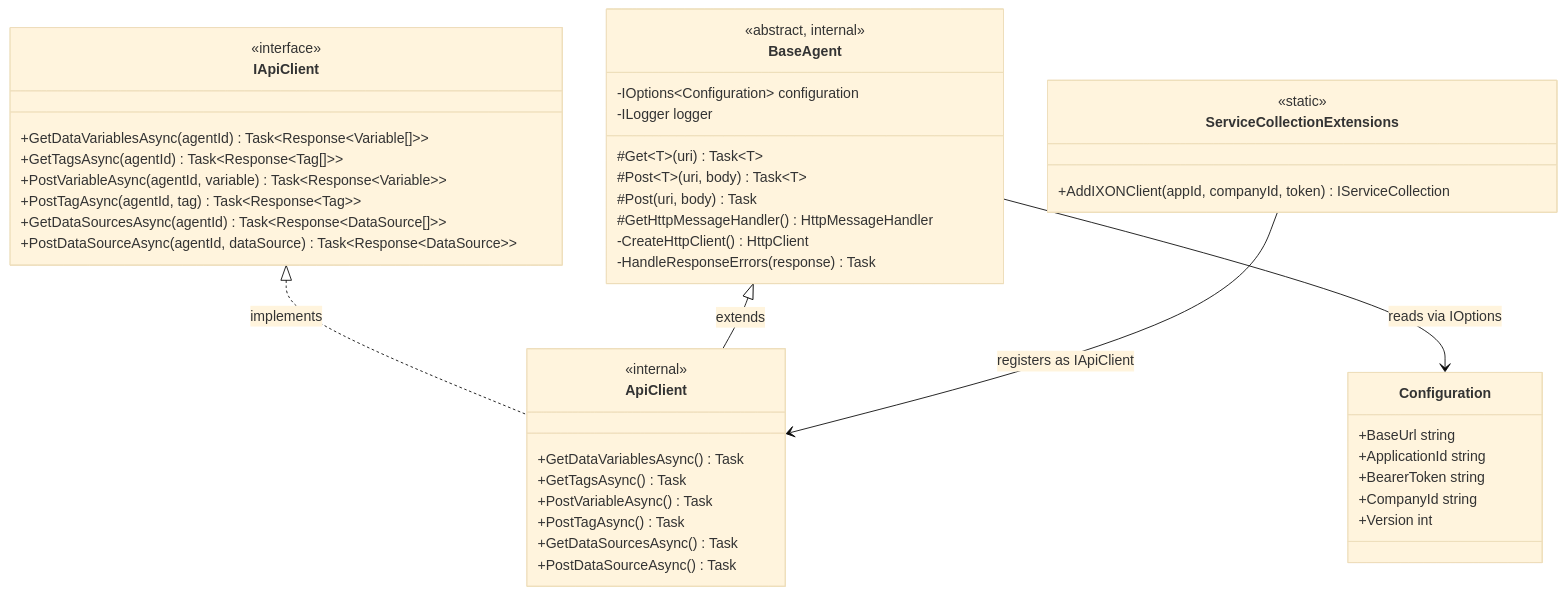
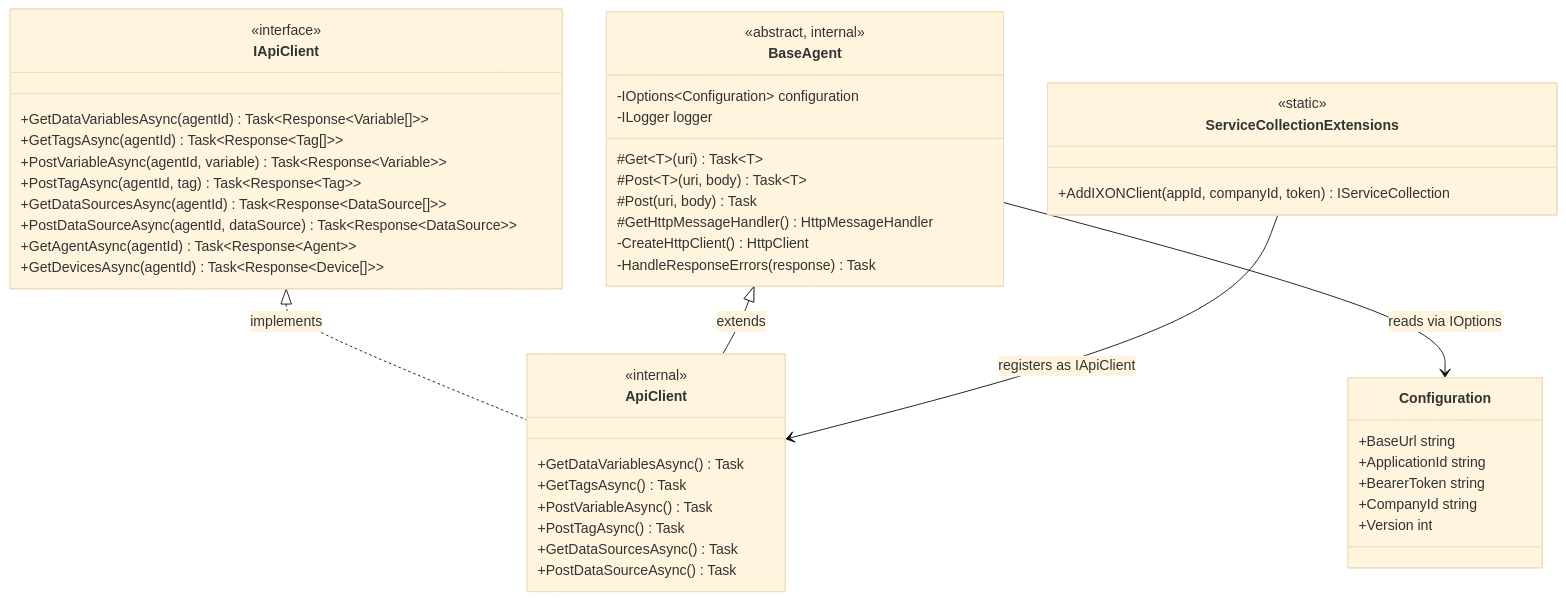
One commit to Rebel-it/rebel-ot-discover-edgeapp changed the third of 4 diagrams in docs/05_building_block_view.adoc. Above: the diagram before and after it, drawn with Mermaid (base theme). The commit also changed other lines of this file and 1 other file, not shown here.

Commit message:
Enhance documentation and logic for OPC UA data source resolution: add device fetching and matching by IP address in Scraper workflow

```diff
--- a/docs/05_building_block_view.adoc
+++ b/docs/05_building_block_view.adoc
@@ -119,53 +120,55 @@
 [mermaid]
 ....
 classDiagram
     class IApiClient {
         <<interface>>
         +GetDataVariablesAsync(agentId) Task~Response~Variable[]~~
         +GetTagsAsync(agentId) Task~Response~Tag[]~~
         +PostVariableAsync(agentId, variable) Task~Response~Variable~~
         +PostTagAsync(agentId, tag) Task~Response~Tag~~
         +GetDataSourcesAsync(agentId) Task~Response~DataSource[]~~
         +PostDataSourceAsync(agentId, dataSource) Task~Response~DataSource~~
+        +GetAgentAsync(agentId) Task~Response~Agent~~
+        +GetDevicesAsync(agentId) Task~Response~Device[]~~
     }
 
     class BaseAgent {
         <<abstract, internal>>
         -IOptions~Configuration~ configuration
         -ILogger logger
         #Get~T~(uri) Task~T~
         #Post~T~(uri, body) Task~T~
         #Post(uri, body) Task
         #GetHttpMessageHandler() HttpMessageHandler
         -CreateHttpClient() HttpClient
         -HandleResponseErrors(response) Task
     }
 
     class ApiClient {
         <<internal>>
         +GetDataVariablesAsync() Task
         +GetTagsAsync() Task
         +PostVariableAsync() Task
         +PostTagAsync() Task
         +GetDataSourcesAsync() Task
         +PostDataSourceAsync() Task
     }
 
     class Configuration {
         +BaseUrl string
         +ApplicationId string
         +BearerToken string
         +CompanyId string
         +Version int
     }
 
     class ServiceCollectionExtensions {
         <<static>>
         +AddIXONClient(appId, companyId, token) IServiceCollection
     }
 
     IApiClient <|.. ApiClient : implements
     BaseAgent <|-- ApiClient : extends
     BaseAgent --> Configuration : reads via IOptions
     ServiceCollectionExtensions --> ApiClient : registers as IApiClient
 ....
```
